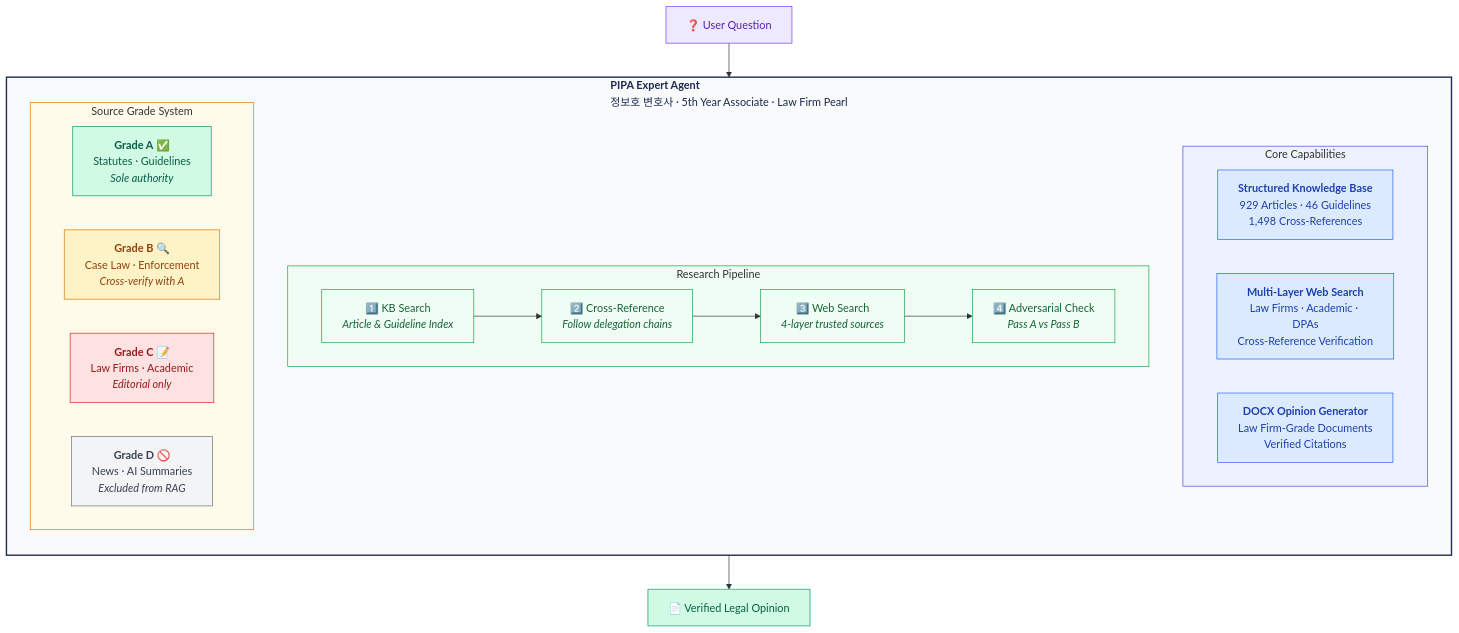
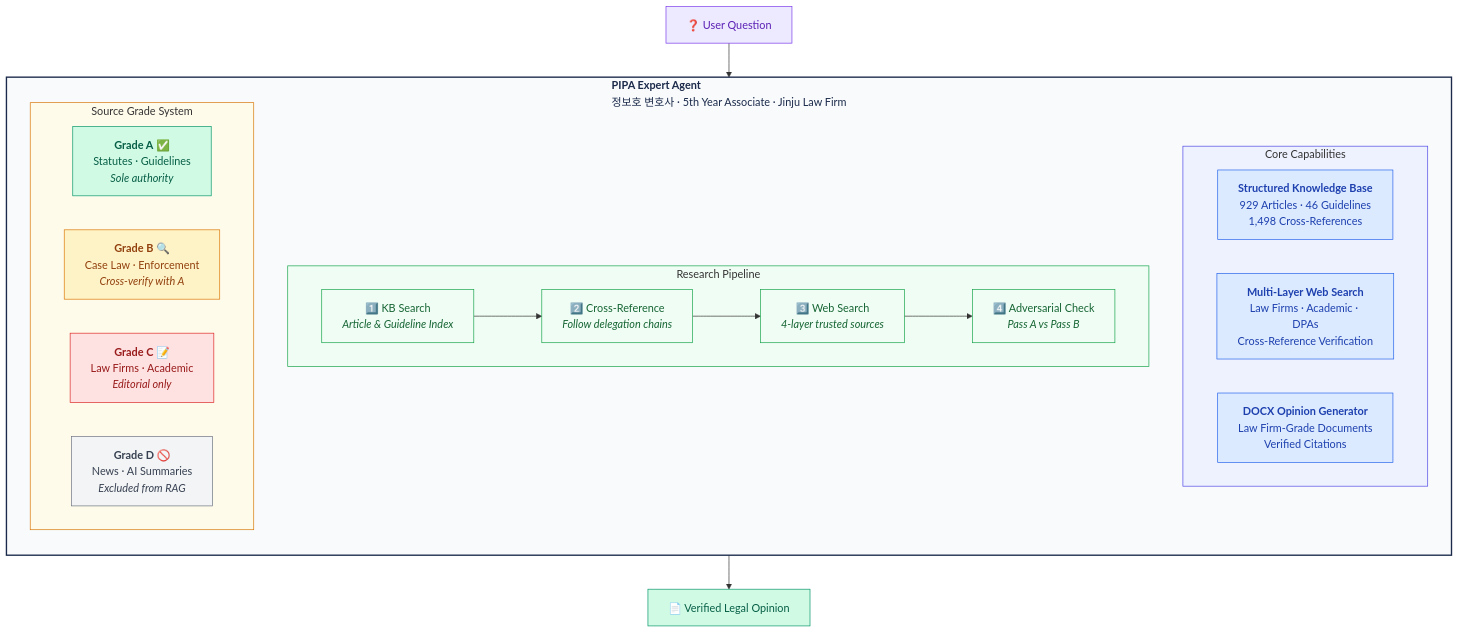
One commit to kipeum86/PIPA-expert changed the first of 2 diagrams in README.md. Above: the diagram before and after it, drawn with Mermaid. The commit also changed other lines of this file and 4 other files, not shown here.

Commit message:
Rename Law Firm Pearl to Jinju Law Firm across all references

````diff
--- a/README.md
+++ b/README.md
@@ -48,51 +48,51 @@
 ```mermaid
 graph TB
-    subgraph agent["<b>PIPA Expert Agent</b><br/>정보호 변호사 · 5th Year Associate · Law Firm Pearl"]
+    subgraph agent["<b>PIPA Expert Agent</b><br/>정보호 변호사 · 5th Year Associate · Jinju Law Firm"]
         direction TB
 
         subgraph core["Core Capabilities"]
             direction LR
             KB["<b>Structured Knowledge Base</b><br/>929 Articles · 46 Guidelines<br/>1,498 Cross-References"]
             WS["<b>Multi-Layer Web Search</b><br/>Law Firms · Academic · DPAs<br/>Cross-Reference Verification"]
             DX["<b>DOCX Opinion Generator</b><br/>Law Firm-Grade Documents<br/>Verified Citations"]
         end
 
         subgraph pipeline["Research Pipeline"]
             direction LR
             S1["1️⃣ KB Search<br/><i>Article & Guideline Index</i>"]
             S2["2️⃣ Cross-Reference<br/><i>Follow delegation chains</i>"]
             S3["3️⃣ Web Search<br/><i>4-layer trusted sources</i>"]
             S4["4️⃣ Adversarial Check<br/><i>Pass A vs Pass B</i>"]
             S1 --> S2 --> S3 --> S4
         end
 
         subgraph grades["Source Grade System"]
             direction LR
             GA["<b>Grade A</b> ✅<br/>Statutes · Guidelines<br/><i>Sole authority</i>"]
             GB["<b>Grade B</b> 🔍<br/>Case Law · Enforcement<br/><i>Cross-verify with A</i>"]
             GC["<b>Grade C</b> 📝<br/>Law Firms · Academic<br/><i>Editorial only</i>"]
             GD["<b>Grade D</b> 🚫<br/>News · AI Summaries<br/><i>Excluded from RAG</i>"]
         end
     end
 
     Q["❓ User Question"] --> S1
     S4 --> O["📄 Verified Legal Opinion"]
 
     style agent fill:#f8fafc,stroke:#1B2A4A,stroke-width:2px,color:#1B2A4A
     style core fill:#eef2ff,stroke:#4f46e5,stroke-width:1px
     style pipeline fill:#f0fdf4,stroke:#16a34a,stroke-width:1px
     style grades fill:#fffbeb,stroke:#d97706,stroke-width:1px
     style KB fill:#dbeafe,stroke:#2563eb,color:#1e40af
     style WS fill:#dbeafe,stroke:#2563eb,color:#1e40af
     style DX fill:#dbeafe,stroke:#2563eb,color:#1e40af
     style GA fill:#d1fae5,stroke:#059669,color:#065f46
     style GB fill:#fef3c7,stroke:#d97706,color:#92400e
     style GC fill:#fee2e2,stroke:#dc2626,color:#991b1b
     style GD fill:#f3f4f6,stroke:#6b7280,color:#374151
     style Q fill:#ede9fe,stroke:#7c3aed,color:#5b21b6
     style O fill:#d1fae5,stroke:#059669,color:#065f46
     style S1 fill:#f0fdf4,stroke:#16a34a,color:#166534
     style S2 fill:#f0fdf4,stroke:#16a34a,color:#166534
     style S3 fill:#f0fdf4,stroke:#16a34a,color:#166534
     style S4 fill:#f0fdf4,stroke:#16a34a,color:#166534
 ```
````
